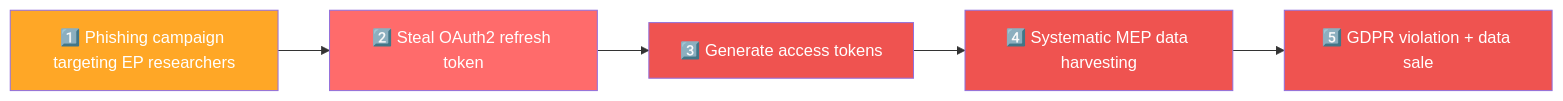
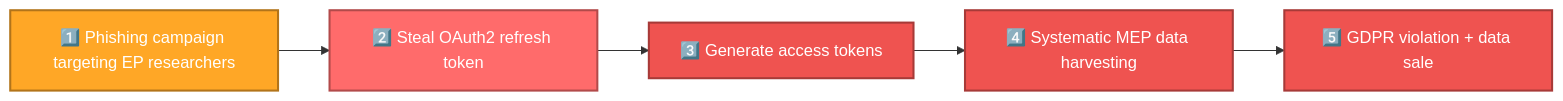
Before and after one commit to Hack23/European-Parliament-MCP-Server: the fourth of 7 diagrams in docs/api-markdown/_media/FUTURE_THREAT_MODEL.md, drawn with Mermaid. The commit also changed other lines of this file and 17 other files, not shown here.

````diff
--- a/docs/api-markdown/_media/FUTURE_THREAT_MODEL.md
+++ b/docs/api-markdown/_media/FUTURE_THREAT_MODEL.md
@@ -309,18 +316,23 @@
 ```mermaid
 graph LR
     A[1️⃣ Phishing campaign targeting EP researchers] --> B[2️⃣ Steal OAuth2 refresh token]
     B --> C[3️⃣ Generate access tokens]
     C --> D[4️⃣ Systematic MEP data harvesting]
     D --> E[5️⃣ GDPR violation + data sale]
     
-    style A fill:#ffa726,color:#ffffff
+    style A fill:#ffa726,stroke:#b2741a,stroke-width:2px,color:#ffffff
 
-    style B fill:#ff6b6b,color:#ffffff
 
-    style C fill:#ef5350,color:#ffffff
+    style B fill:#ff6b6b,stroke:#b24a4a,stroke-width:2px,color:#ffffff
 
-    style D fill:#ef5350,color:#ffffff
 
-    style E fill:#ef5350,color:#ffffff
+    style C fill:#ef5350,stroke:#a73a38,stroke-width:2px,color:#ffffff
+
+
+    style D fill:#ef5350,stroke:#a73a38,stroke-width:2px,color:#ffffff
+
+
+    style E fill:#ef5350,stroke:#a73a38,stroke-width:2px,color:#ffffff
+
 
 ```
````
